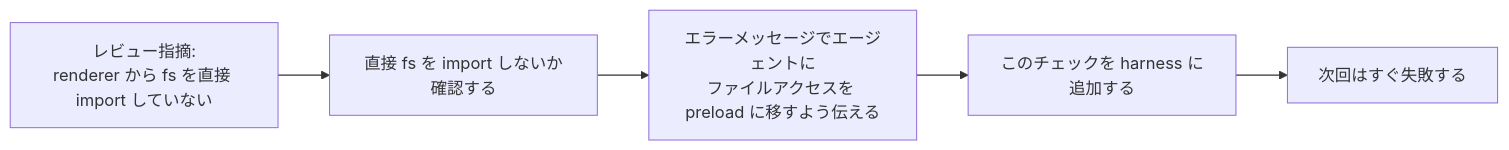
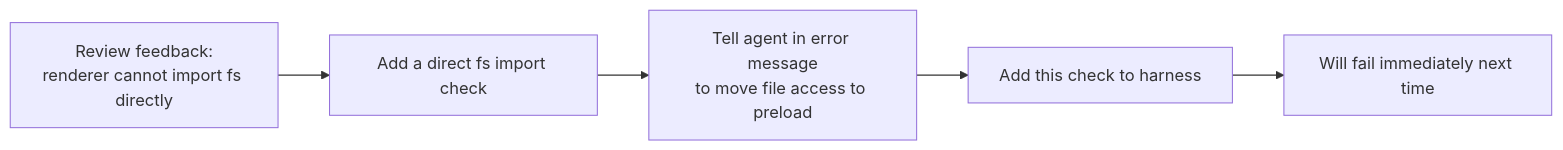
Before and after one commit to mkusaka/learn-harness-engineering: the second of 2 diagrams in docs/en/lectures/lecture-10-why-end-to-end-testing-changes-results/index.md, drawn with Mermaid. The commit also changed other lines of this file and 684 other files, not shown here.

````diff
--- a/docs/en/lectures/lecture-10-why-end-to-end-testing-changes-results/index.md
+++ b/docs/en/lectures/lecture-10-why-end-to-end-testing-changes-results/index.md
@@ -52,7 +52,7 @@
 ```mermaid
 flowchart LR
-    Review["レビュー指摘:<br/>renderer から fs を直接 import していない"] --> Rule["直接 fs を import しないか確認する"]
-    Rule --> Message["エラーメッセージでエージェントに<br/>ファイルアクセスを preload に移すよう伝える"]
-    Message --> Harness["このチェックを harness に追加する"]
-    Harness --> Stronger["次回はすぐ失敗する"]
+    Review["Review feedback:<br/>renderer cannot import fs directly"] --> Rule["Add a direct fs import check"]
+    Rule --> Message["Tell agent in error message<br/>to move file access to preload"]
+    Message --> Harness["Add this check to harness"]
+    Harness --> Stronger["Will fail immediately next time"]
 ```
````
